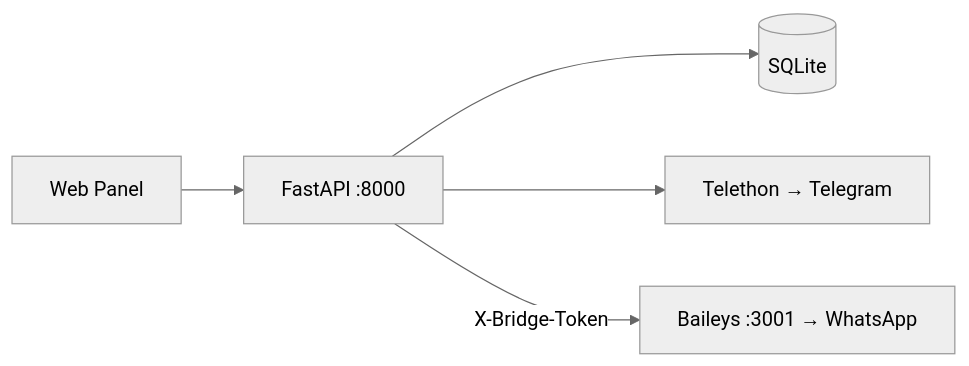
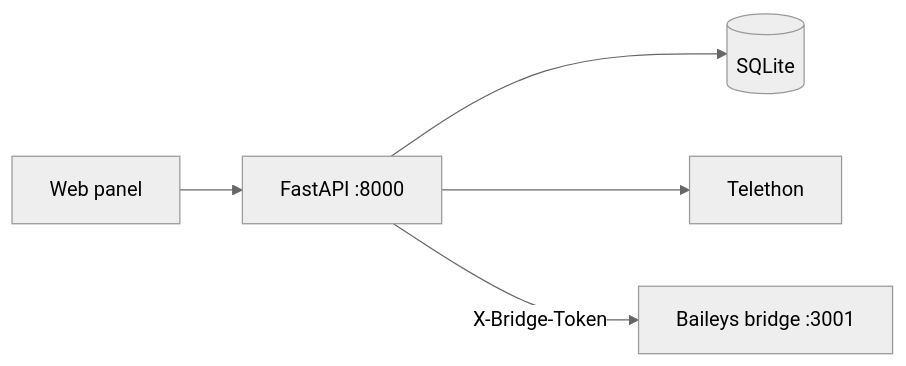
One commit to bunyamindemir1/telegram-whatsapp-panel changed the diagram in README.md. Above: the diagram before and after it, drawn with Mermaid (neutral theme). The commit also changed other lines of this file and 53 other files, not shown here.

First line of the commit message:
Add panel features, architecture docs, and senior-level polish.

````diff
--- a/README.md
+++ b/README.md
@@ -141,7 +58,7 @@
 ```mermaid
 flowchart LR
-  UI[Web Panel] --> API[FastAPI :8000]
+  UI[Web panel] --> API[FastAPI :8000]
   API --> DB[(SQLite)]
-  API --> TG[Telethon → Telegram]
-  API -->|X-Bridge-Token| BR[Baileys :3001 → WhatsApp]
+  API --> TG[Telethon]
+  API -->|X-Bridge-Token| BR[Baileys bridge :3001]
 ```
````
